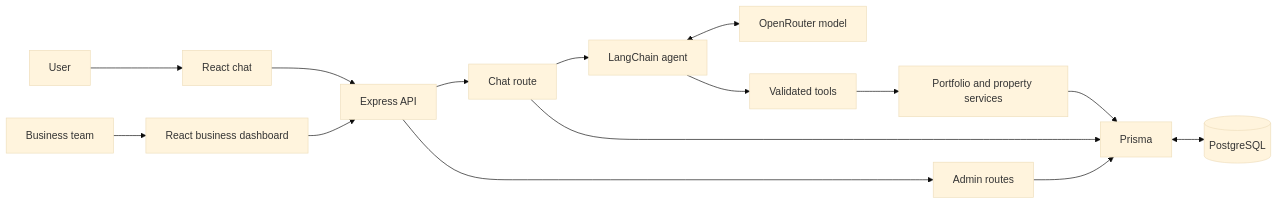
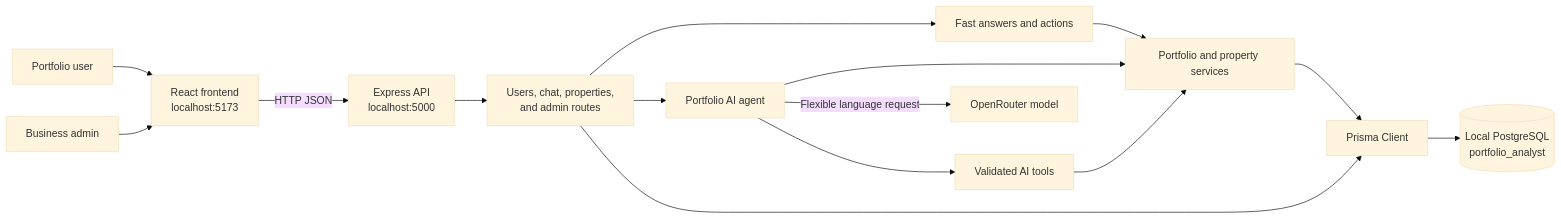
One commit to chirag-singhh/Assignment changed the first of 4 diagrams in README.md. Above: the diagram before and after it, drawn with Mermaid (base theme). The commit also changed other lines of this file and 2 other files, not shown here.

````diff
--- a/README.md
+++ b/README.md
@@ -50,17 +121,17 @@
 ```mermaid
 flowchart LR
-    U[User] --> UI[React chat]
-    B[Business team] --> BI[React business dashboard]
-    UI --> API[Express API]
-    BI --> API
-    API --> CHAT[Chat route]
-    API --> ADMIN[Admin routes]
-    CHAT --> AGENT[LangChain agent]
-    AGENT <--> MODEL[OpenRouter model]
-    AGENT --> TOOLS[Validated tools]
-    TOOLS --> SERVICES[Portfolio and property services]
-    SERVICES --> PRISMA[Prisma]
-    ADMIN --> PRISMA
-    CHAT --> PRISMA
-    PRISMA <--> DB[(PostgreSQL)]
+    Person[Portfolio user] --> Browser[React frontend<br/>localhost:5173]
+    Admin[Business admin] --> Browser
+    Browser -->|HTTP JSON| API[Express API<br/>localhost:5000]
+    API --> Routes[Users, chat, properties,<br/>and admin routes]
+    Routes --> Fast[Fast answers and actions]
+    Routes --> Agent[Portfolio AI agent]
+    Fast --> Services[Portfolio and property services]
+    Agent --> Services
+    Agent --> Tools[Validated AI tools]
+    Tools --> Services
+    Agent -->|Flexible language request| OpenRouter[OpenRouter model]
+    Services --> Prisma[Prisma Client]
+    Routes --> Prisma
+    Prisma --> DB[(Local PostgreSQL<br/>portfolio_analyst)]
 ```
````
